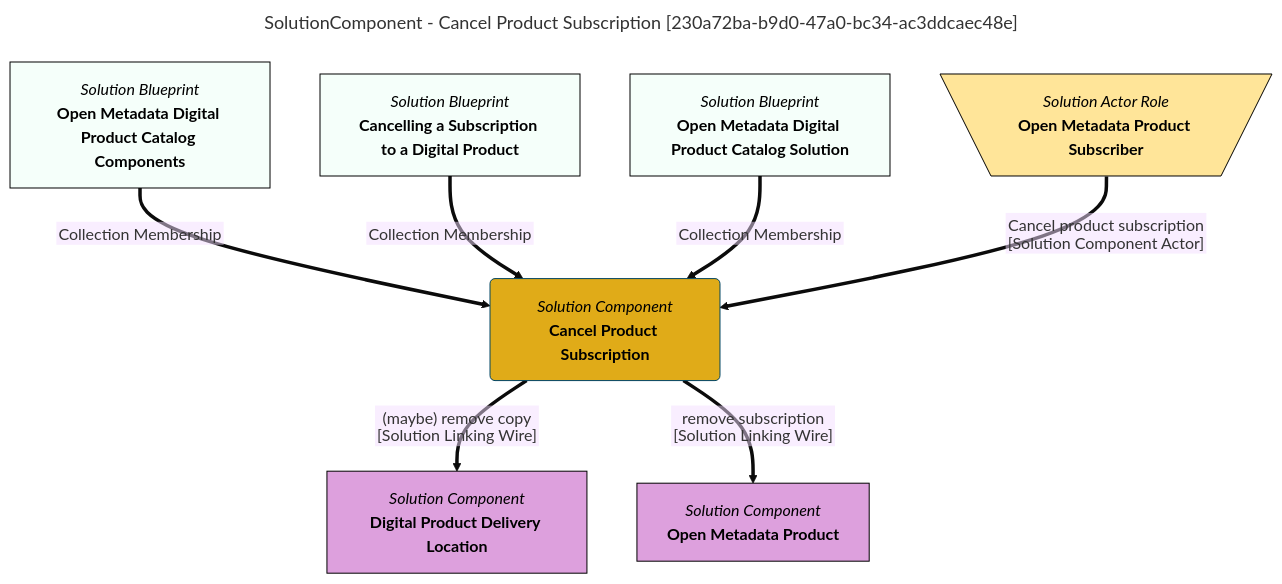
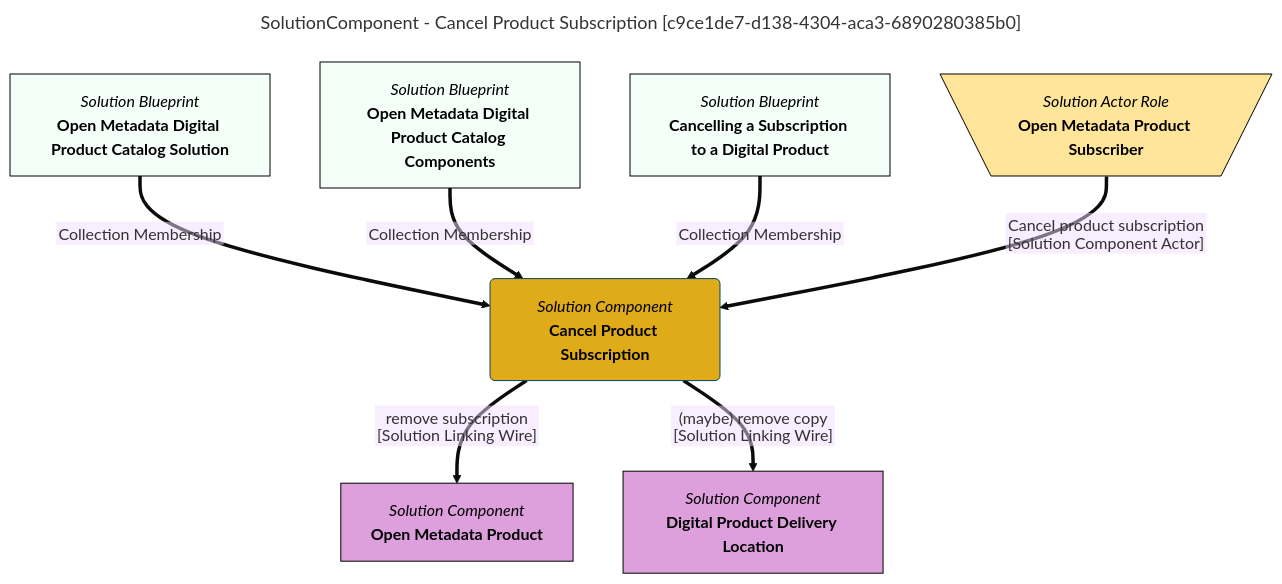
Before and after one commit to odpi/egeria-docs: the diagram in site/snippets/blueprints/components/cancel-product-subscription-mermaid-graph.md, drawn with Mermaid (base theme). The commit also changed 2201 other files, not shown here.

````diff
--- a/site/snippets/blueprints/components/cancel-product-subscription-mermaid-graph.md
+++ b/site/snippets/blueprints/components/cancel-product-subscription-mermaid-graph.md
@@ -1,35 +1,35 @@
 ```mermaid
 ---
-title: SolutionComponent - Cancel Product Subscription [230a72ba-b9d0-47a0-bc34-ac3ddcaec48e]
+title: SolutionComponent - Cancel Product Subscription [c9ce1de7-d138-4304-aca3-6890280385b0]
 ---
 flowchart TD
 %%{init: {"flowchart": {"htmlLabels": false}} }%%
 
 1@{ shape: rounded, label: "*Solution Component*
 **Cancel Product Subscription**"}
 2@{ shape: rect, label: "*Solution Blueprint*
-**Open Metadata Digital Product Catalog Components**"}
+**Open Metadata Digital Product Catalog Solution**"}
 2==>|"Collection Membership"|1
 3@{ shape: rect, label: "*Solution Blueprint*
-**Cancelling a Subscription to a Digital Product**"}
+**Open Metadata Digital Product Catalog Components**"}
 3==>|"Collection Membership"|1
 4@{ shape: rect, label: "*Solution Blueprint*
-**Open Metadata Digital Product Catalog Solution**"}
+**Cancelling a Subscription to a Digital Product**"}
 4==>|"Collection Membership"|1
 5@{ shape: trap-t, label: "*Solution Actor Role*
 **Open Metadata Product Subscriber**"}
 5==>|"Cancel product subscription [Solution Component Actor]"|1
 6@{ shape: rect, label: "*Solution Component*
+**Open Metadata Product**"}
+1==>|"remove subscription [Solution Linking Wire]"|6
+7@{ shape: rect, label: "*Solution Component*
 **Digital Product Delivery Location**"}
-1==>|"(maybe) remove copy [Solution Linking Wire]"|6
-7@{ shape: rect, label: "*Solution Component*
-**Open Metadata Product**"}
-1==>|"remove subscription [Solution Linking Wire]"|7
+1==>|"(maybe) remove copy [Solution Linking Wire]"|7
 style 1 color:#000000, fill:#e0ab18, stroke:#004563
 style 2 color:#000000, fill:#f5fffa, stroke:#000000
 style 3 color:#000000, fill:#f5fffa, stroke:#000000
 style 4 color:#000000, fill:#f5fffa, stroke:#000000
 style 5 color:#000000, fill:#FFE599, stroke:#000000
-style 6 color:#000000, fill:#dda0dd, stroke:#000000
-style 7 color:#000000, fill:#dda0dd, stroke:#000000
+style 6 color:#000000, fill:#DDA0DD, stroke:#000000
+style 7 color:#000000, fill:#DDA0DD, stroke:#000000
 ```
````
